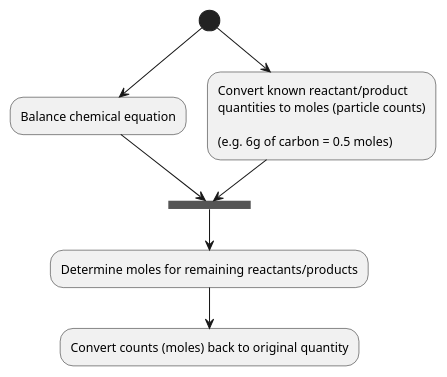
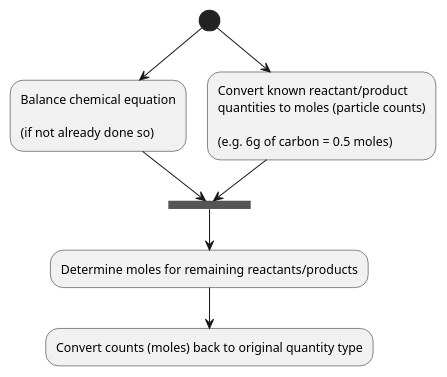
One commit to offbynull/learn changed diagram 13 of 21 in Biology/input/input.md. Above: the diagram before and after it, drawn with PlantUML. The commit also changed other lines of this file and 108 other files, not shown here.

````diff
--- a/Biology/input/input.md
+++ b/Biology/input/input.md
@@ -1127,10 +1131,10 @@
 ```{plantuml}
 @startuml
-(*) --> "Balance chemical equation"
+(*) --> "Balance chemical equation\n\n(if not already done so)"
 --> ===SOLVE===
 (*) --> "Convert known reactant/product\nquantities to moles (particle counts)\n\n(e.g. 6g of carbon = 0.5 moles)"
 --> ===SOLVE===
 --> "Determine moles for remaining reactants/products"
---> "Convert counts (moles) back to original quantity"
+--> "Convert counts (moles) back to original quantity type"
 @enduml
 ```
````
